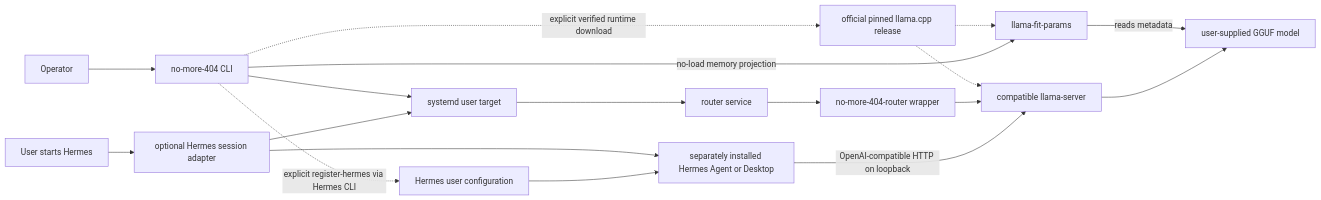
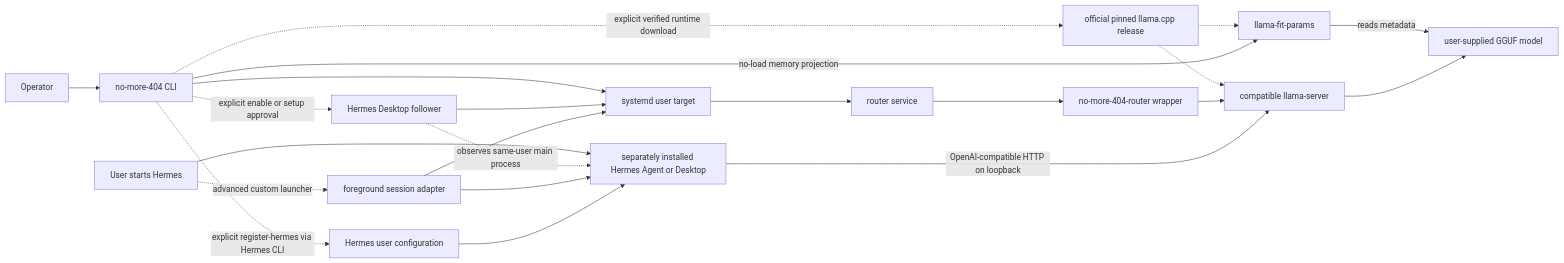
The diagram in docs/ARCHITECTURE.md (DriftlessWriting/Driftless-NoMore404), drawn with Mermaid before and after one commit. The commit also changed other lines of this file and 29 other files, not shown here.

````diff
--- a/docs/ARCHITECTURE.md
+++ b/docs/ARCHITECTURE.md
@@ -23,20 +23,24 @@
 ```mermaid
 flowchart LR
     Operator[Operator] --> CLI[no-more-404 CLI]
     CLI --> Target[systemd user target]
-    User[User starts Hermes] --> Adapter[optional Hermes session adapter]
+    CLI -.->|explicit enable or setup approval| Follower[Hermes Desktop follower]
+    User[User starts Hermes] --> Hermes
+    Follower -.->|observes same-user main process| Hermes
+    Follower --> Target
+    User -.->|advanced custom launcher| Adapter[foreground session adapter]
     Adapter --> Target
     Adapter --> Hermes
     CLI -.->|explicit register-hermes via Hermes CLI| HermesConfig[Hermes user configuration]
     HermesConfig --> Hermes
     Target --> Service[router service]
     Service --> Wrapper[no-more-404-router wrapper]
     CLI -.->|explicit verified runtime download| Upstream[official pinned llama.cpp release]
     Upstream -.-> Fit[llama-fit-params]
     Upstream -.-> Server[compatible llama-server]
     CLI -->|no-load memory projection| Fit
     Fit -->|reads metadata| Model[user-supplied GGUF model]
     Wrapper --> Server
     Server --> Model
     Hermes[separately installed Hermes Agent or Desktop] -->|OpenAI-compatible HTTP on loopback| Server
 ```
````
